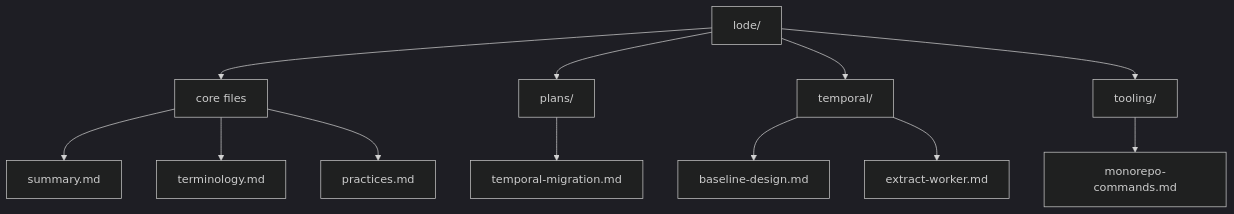
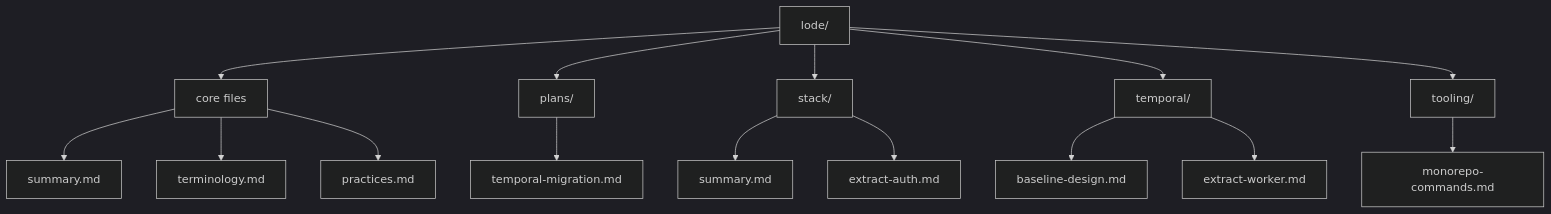
One commit to dxta-dev/pipeline changed the diagram in lode/lode-map.md. Above: the diagram before and after it, drawn with Mermaid (dark theme). The commit also changed other lines of this file and 8 other files, not shown here.

````diff
--- a/lode/lode-map.md
+++ b/lode/lode-map.md
@@ -37,14 +41,17 @@
 ```mermaid
 flowchart TD
   lode[lode/] --> core[core files]
   lode --> plans[plans/]
+  lode --> stack[stack/]
   lode --> temporal[temporal/]
   lode --> tooling[tooling/]
   core --> summary[summary.md]
   core --> terminology[terminology.md]
   core --> practices[practices.md]
   plans --> migration[temporal-migration.md]
+  stack --> stackSummary[summary.md]
+  stack --> stackAuth[extract-auth.md]
   tooling --> commands[monorepo-commands.md]
   temporal --> baseline[baseline-design.md]
   temporal --> extractWorker[extract-worker.md]
 ```
````
